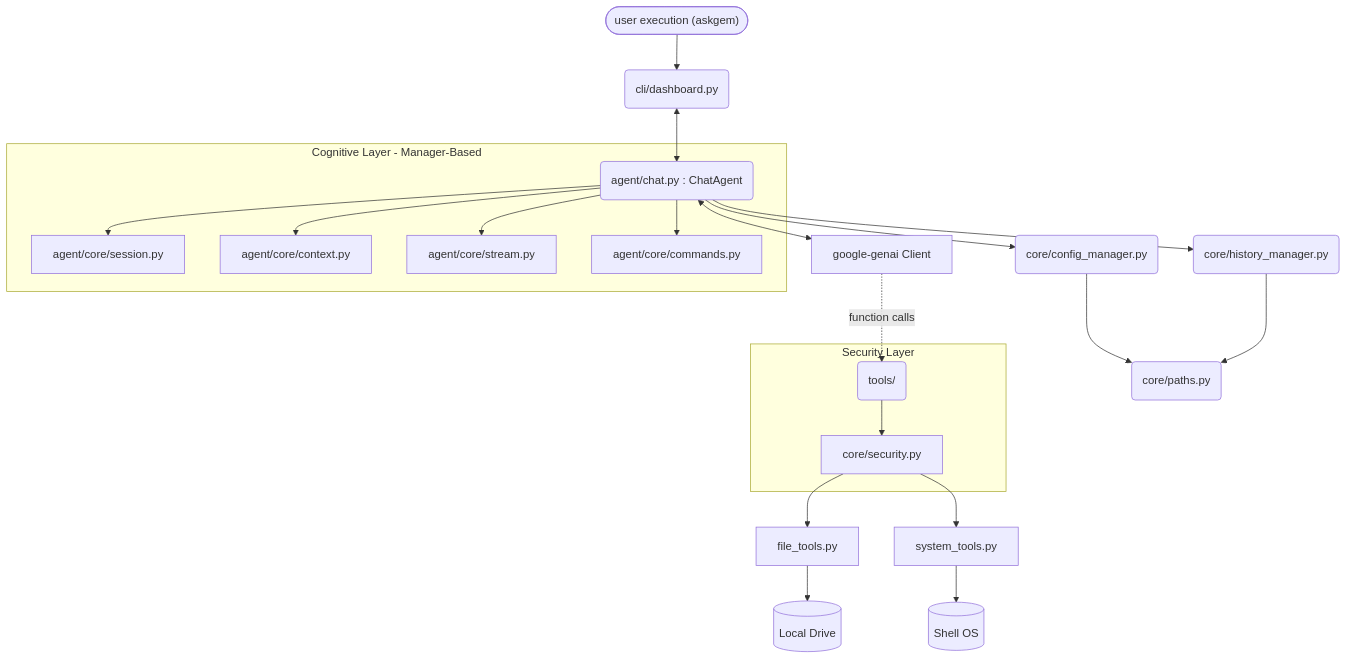
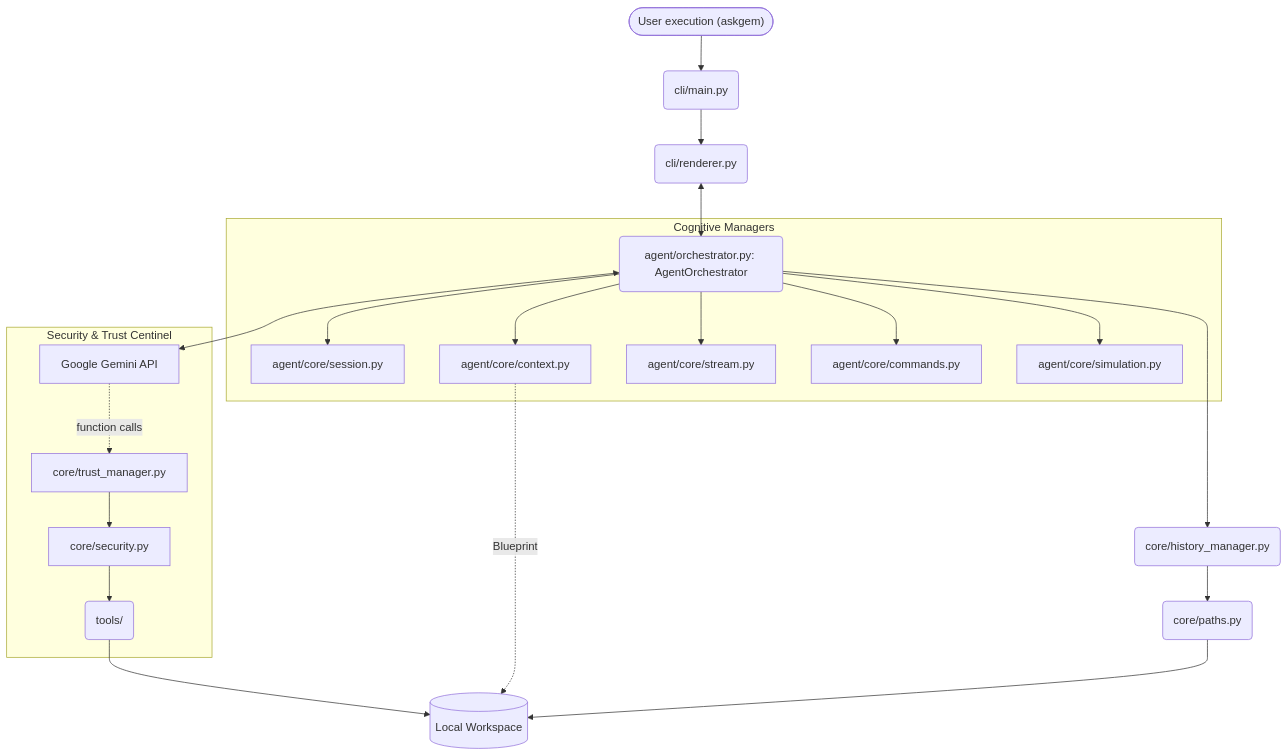
Before and after one commit to julesklord/mentask.py: the diagram in wiki/Architecture.md, drawn with Mermaid. The commit also changed other lines of this file and 3 other files, not shown here.

Commit message:
docs: upgrade wiki to v0.11.0 (Orchestra, Trust, Workspaces & Blueprint)

````diff
--- a/wiki/Architecture.md
+++ b/wiki/Architecture.md
@@ -7,28 +7,28 @@
 ```mermaid
 flowchart TD
-    CLI(["user execution (askgem)"]) --> Dashboard(cli/dashboard.py)
-    Dashboard <--> Agent(agent/chat.py : ChatAgent)
+    CLI(["User execution (askgem)"]) --> Main(cli/main.py)
+    Main --> Renderer(cli/renderer.py)
+    Renderer <--> Orchestrator(agent/orchestrator.py: AgentOrchestrator)
     
-    subgraph Cognitive Layer [Cognitive Layer - Manager-Based]
-        Agent --> Session[agent/core/session.py]
-        Agent --> Context[agent/core/context.py]
-        Agent --> Stream[agent/core/stream.py]
-        Agent --> Commands[agent/core/commands.py]
+    subgraph Cognitive_Layer [Cognitive Managers]
+        Orchestrator --> Session[agent/core/session.py]
+        Orchestrator --> Context[agent/core/context.py]
+        Orchestrator --> Stream[agent/core/stream.py]
+        Orchestrator --> Commands[agent/core/commands.py]
+        Orchestrator --> Simulation[agent/core/simulation.py]
     end
 
-    Agent --> History(core/history_manager.py)
-    Agent --> Config(core/config_manager.py)
-    Config --> Paths(core/paths.py)
-    History --> Paths
-    Agent <--> GenAI[google-genai Client]
-    GenAI -. function calls .-> Tools(tools/)
+    Orchestrator <--> GenAI[Google Gemini API]
     
-    subgraph Security [Security Layer]
-        Tools --> SecurityCheck[core/security.py]
+    subgraph Security_Layer [Security & Trust Centinel]
+        GenAI -. function calls .-> Trust[core/trust_manager.py]
+        Trust --> SecurityCheck[core/security.py]
+        SecurityCheck --> Tools(tools/)
     end
 
-    SecurityCheck --> FileAccess[file_tools.py]
-    SecurityCheck --> BashAccess[system_tools.py]
-    FileAccess --> localDisk[(Local Drive)]
-    BashAccess --> Subprocess[(Shell OS)]
+    Tools --> localDisk[(Local Workspace)]
+    Context -. Blueprint .-> localDisk
+    Orchestrator --> History(core/history_manager.py)
+    History --> Paths(core/paths.py)
+    Paths --> localDisk
 ```
````
